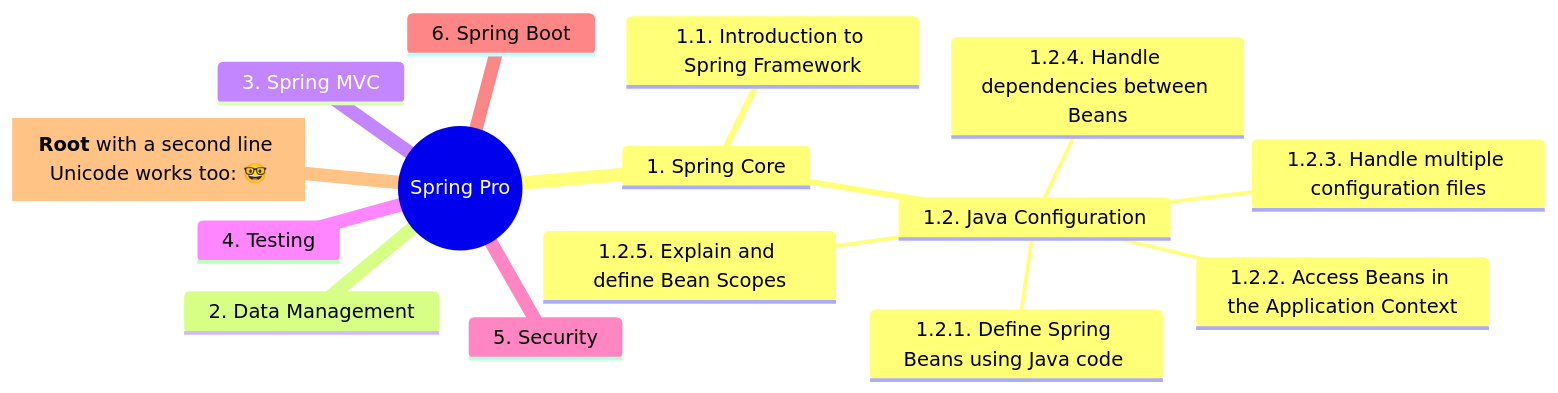
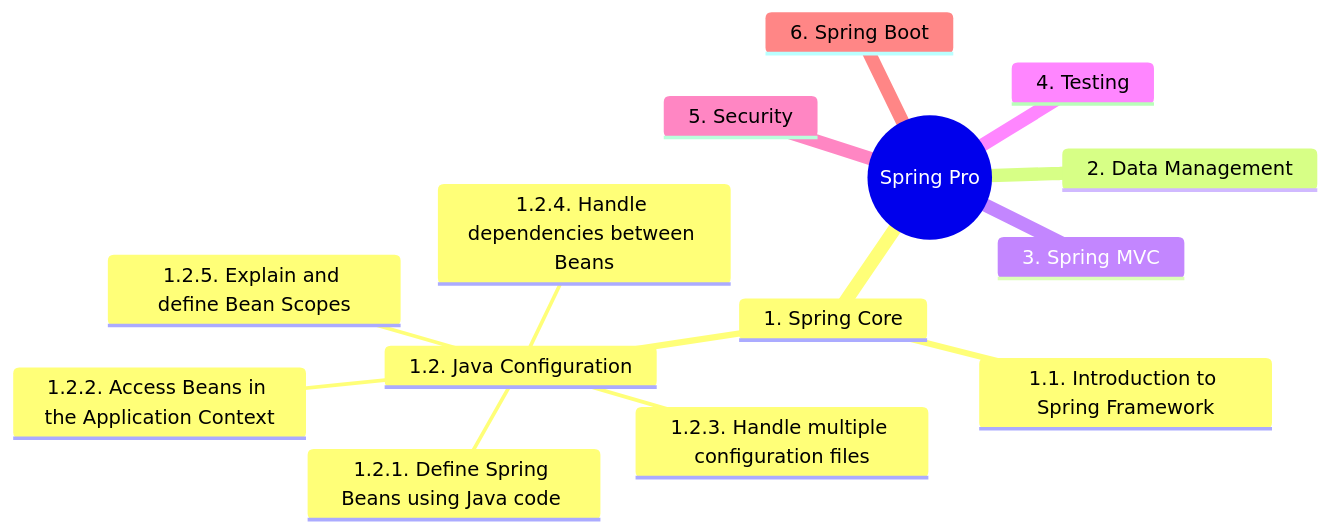
Before and after one commit to jrsmth/spring: the diagram in content/spring-certified-pro/README.md, drawn with Mermaid.

Commit message:
[SCP-0] Revision set-up

````diff
--- a/content/spring-certified-pro/README.md
+++ b/content/spring-certified-pro/README.md
@@ -9,18 +9,17 @@
 ```mermaid
 mindmap
   root((Spring Pro))
     1. Spring Core
       1.1. Introduction to Spring Framework
       1.2. Java Configuration
         1.2.1. Define Spring Beans using Java code 
         1.2.2. Access Beans in the Application Context
         1.2.3. Handle multiple configuration files
         1.2.4. Handle dependencies between Beans
         1.2.5. Explain and define Bean Scopes
     2. Data Management
     3. Spring MVC
     4. Testing
     5. Security
     6. Spring Boot
-    id1["`**Root** with a second line Unicode works too: 🤓`"]
 ```
````
